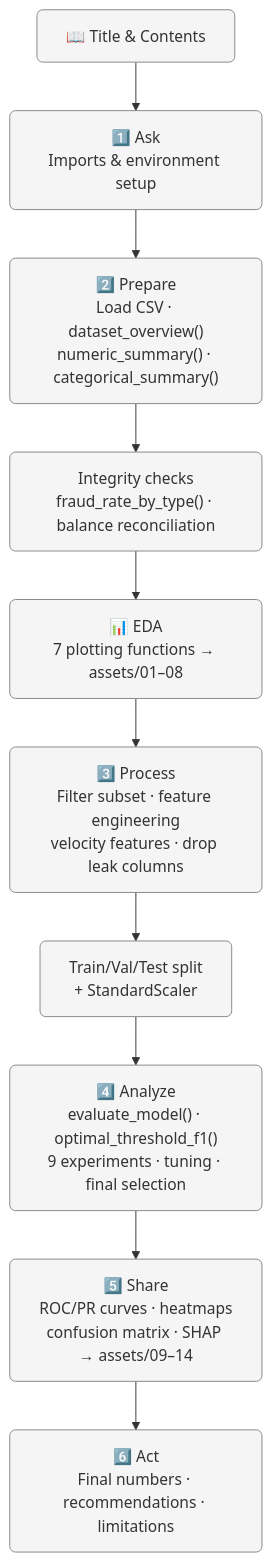
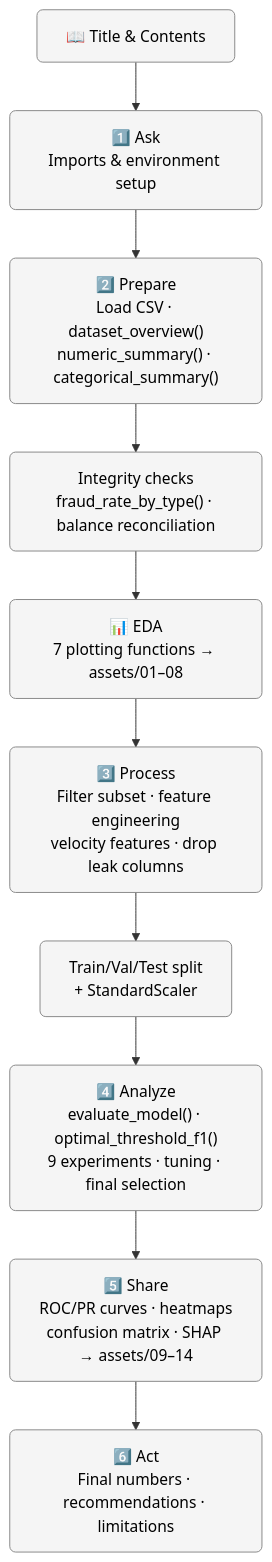
One commit to Sudharshan205-Proj/fraud-detection-system changed the seventh of 8 diagrams in Fraud_Detection_Report.md. Above: the diagram before and after it, drawn with Mermaid. The commit also changed other lines of this file and 2 other files, not shown here.

````diff
--- a/Fraud_Detection_Report.md
+++ b/Fraud_Detection_Report.md
@@ -916,15 +916,15 @@
 ```mermaid
 flowchart TD
     N0["📖 Title & Contents"] --> N1["1️⃣ Ask<br/>Imports & environment setup"]
     N1 --> N2["2️⃣ Prepare<br/>Load CSV · dataset_overview()<br/>numeric_summary() · categorical_summary()"]
     N2 --> N3["Integrity checks<br/>fraud_rate_by_type() · balance reconciliation"]
     N3 --> N4["📊 EDA<br/>7 plotting functions → assets/01–08"]
     N4 --> N5["3️⃣ Process<br/>Filter subset · feature engineering<br/>velocity features · drop leak columns"]
     N5 --> N6["Train/Val/Test split<br/>+ StandardScaler"]
     N6 --> N7["4️⃣ Analyze<br/>evaluate_model() · optimal_threshold_f1()<br/>9 experiments · tuning · final selection"]
     N7 --> N8["5️⃣ Share<br/>ROC/PR curves · heatmaps<br/>confusion matrix · SHAP → assets/09–14"]
     N8 --> N9["6️⃣ Act<br/>Final numbers · recommendations · limitations"]
 
-    classDef sec fill:#f5f5f5,stroke:#888,stroke-width:1px,rx:6,ry:6
+    classDef sec fill:#f5f5f5,stroke:#888,stroke-width:1px,rx:6,ry:6, color:#000000
     class N0,N1,N2,N3,N4,N5,N6,N7,N8,N9 sec
 ```
````
